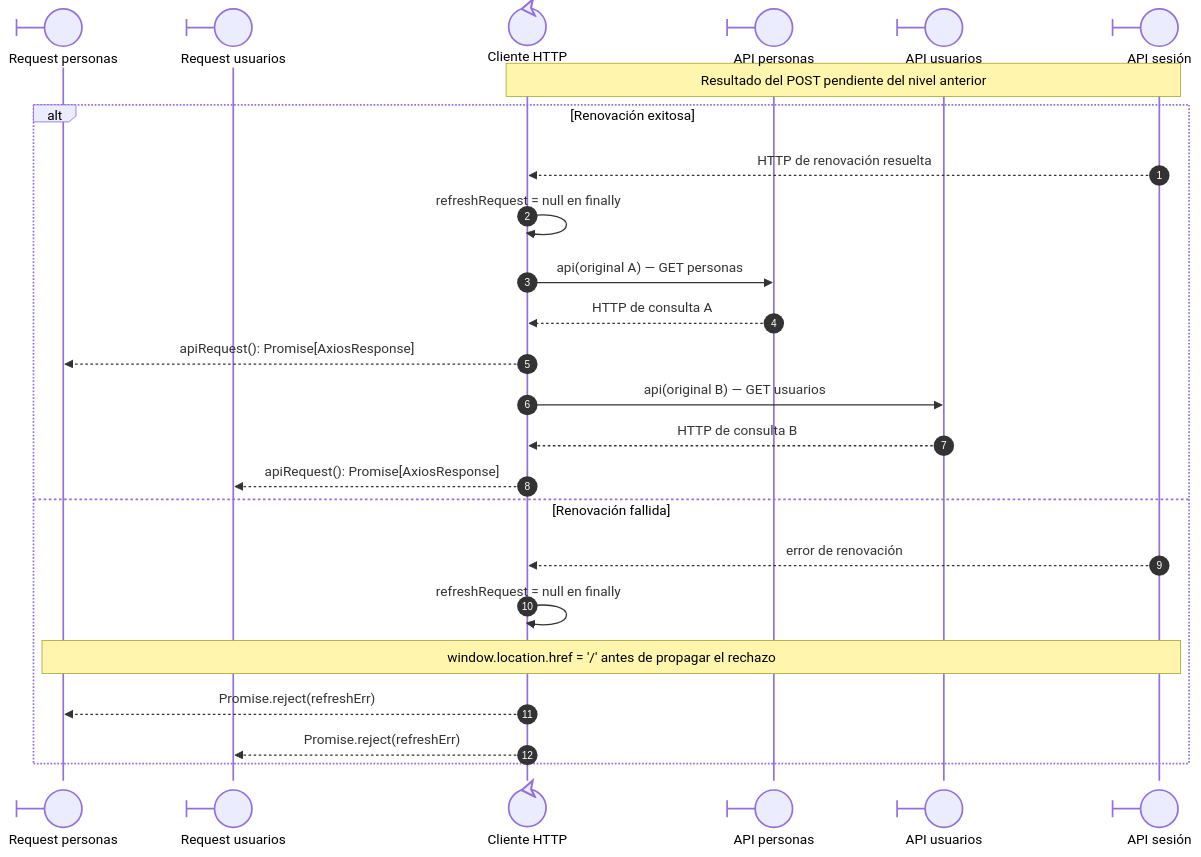
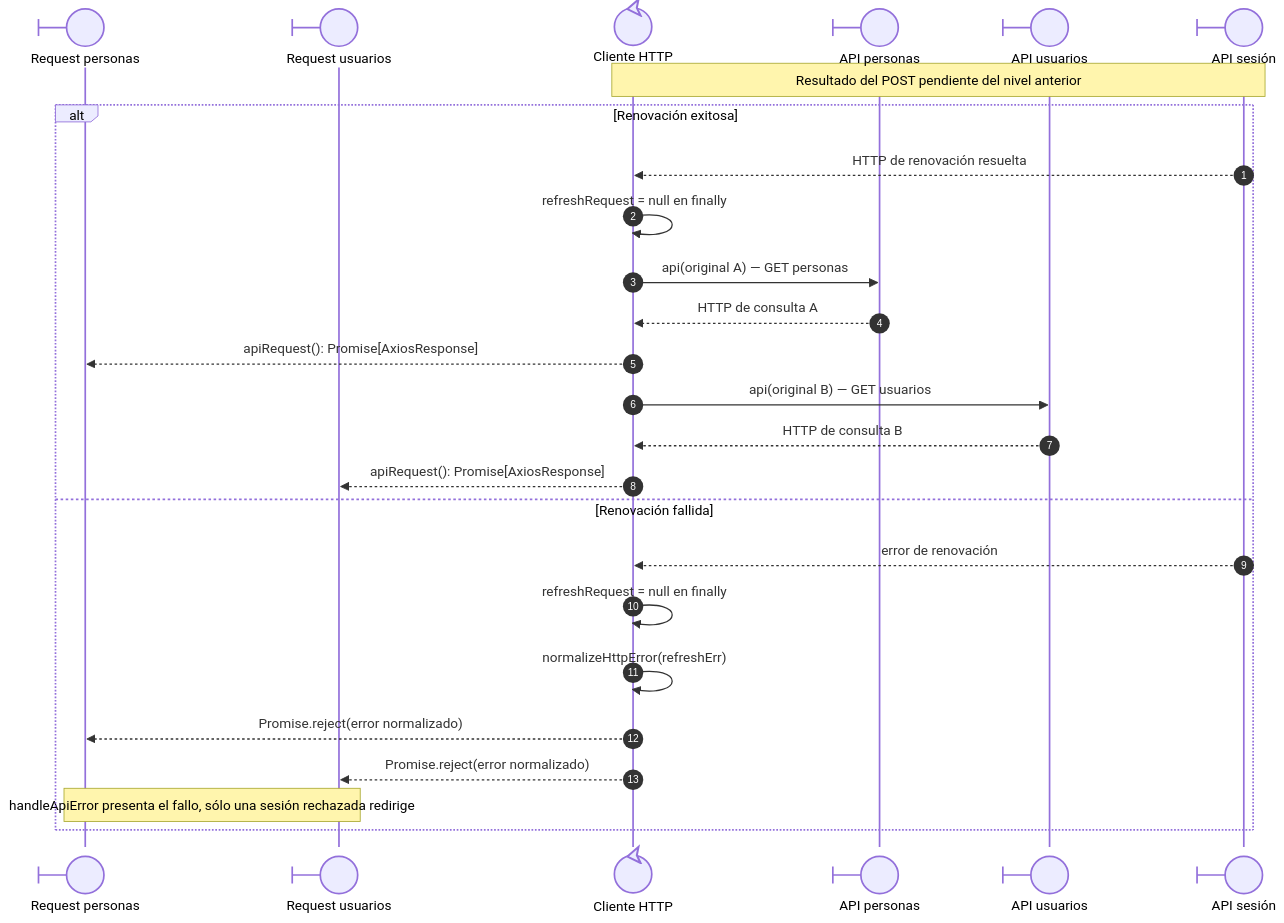
The fourth of 4 diagrams in docs/architecture/views/processes/shared-runtime-behavior/02-browser-session-and-form-state.md (gpgsistemas01/nexus), drawn with Mermaid before and after one commit. The commit also changed other lines of this file and 105 other files, not shown here.

````diff
--- a/docs/architecture/views/processes/shared-runtime-behavior/02-browser-session-and-form-state.md
+++ b/docs/architecture/views/processes/shared-runtime-behavior/02-browser-session-and-form-state.md
@@ -139,28 +132,29 @@
 ```mermaid
 sequenceDiagram
     autonumber
     participant A@{ "type": "boundary" } as Request personas
     participant B@{ "type": "boundary" } as Request usuarios
     participant Api@{ "type": "control" } as Cliente HTTP
     participant PersonsRouter@{ "type": "boundary" } as API personas
     participant UsersRouter@{ "type": "boundary" } as API usuarios
     participant AuthRouter@{ "type": "boundary" } as API sesión
 
     Note over Api,AuthRouter: Resultado del POST pendiente del nivel anterior
     alt Renovación exitosa
         AuthRouter-->>Api: HTTP de renovación resuelta
         Api->>Api: refreshRequest = null en finally
         Api->>PersonsRouter: api(original A) — GET personas
         PersonsRouter-->>Api: HTTP de consulta A
         Api-->>A: apiRequest(): Promise[AxiosResponse]
         Api->>UsersRouter: api(original B) — GET usuarios
         UsersRouter-->>Api: HTTP de consulta B
         Api-->>B: apiRequest(): Promise[AxiosResponse]
     else Renovación fallida
         AuthRouter-->>Api: error de renovación
         Api->>Api: refreshRequest = null en finally
-        Note over A,AuthRouter: window.location.href = '/' antes de propagar el rechazo
-        Api-->>A: Promise.reject(refreshErr)
-        Api-->>B: Promise.reject(refreshErr)
+        Api->>Api: normalizeHttpError(refreshErr)
+        Api-->>A: Promise.reject(error normalizado)
+        Api-->>B: Promise.reject(error normalizado)
+        Note over A,B: handleApiError presenta el fallo, sólo una sesión rechazada redirige
     end
 ```
````
